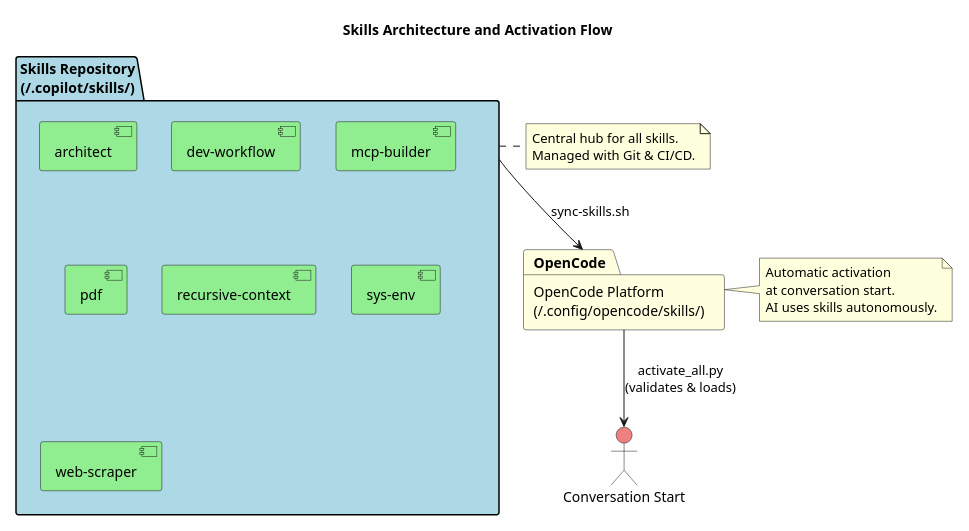
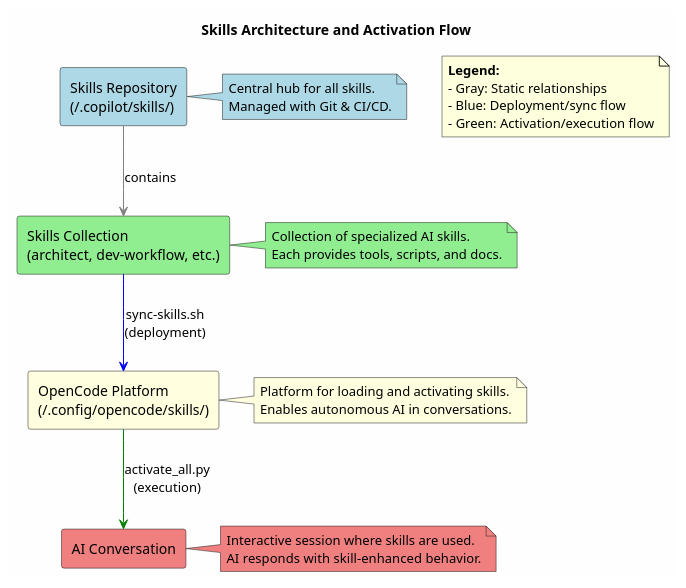
Before and after one commit to ernestoelo/skills: the diagram in dev-workflow/assets/diagrams/skills-architecture.puml, drawn with PlantUML. The commit also changed 1 other file, not shown here.

Commit message:
feat(dev-workflow): redesign skills-architecture diagram for visual appeal
- Simplified to 4 key blocks with brief notes.
- Added colored arrows (Gray/Blue/Green) for flows.
- Fixed syntax errors and title for correct PNG naming.
- Follows dev-workflow template style.

```diff
--- a/dev-workflow/assets/diagrams/skills-architecture.puml
+++ b/dev-workflow/assets/diagrams/skills-architecture.puml
@@ -1,35 +1,42 @@
-@startuml Skills Architecture
+@startuml skills-architecture
 skinparam backgroundColor #FEFEFE
-skinparam componentStyle uml2
+skinparam sequenceParticipant underline
 
 title Skills Architecture and Activation Flow
 
-package "Skills Repository\n(~/.copilot/skills/)" as Repo #LightBlue {
-  component [architect] as Architect #LightGreen
-  component [dev-workflow] as DevWorkflow #LightGreen
-  component [mcp-builder] as McpBuilder #LightGreen
-  component [pdf] as Pdf #LightGreen
-  component [recursive-context] as RecursiveContext #LightGreen
-  component [sys-env] as SysEnv #LightGreen
-  component [web-scraper] as WebScraper #LightGreen
-}
-
-package "OpenCode Platform\n(~/.config/opencode/skills/)" as OpenCode #LightYellow
-
-actor "Conversation Start" as Conversation #LightCoral
-
-Repo --> OpenCode : sync-skills.sh
-OpenCode --> Conversation : activate_all.py\n(validates & loads)
-
-note right of OpenCode
-  Automatic activation
-  at conversation start.
-  AI uses skills autonomously.
-end note
-
-note right of Repo
+rectangle "Skills Repository\n(~/.copilot/skills/)" as Repo #LightBlue
+note right of Repo #LightBlue
   Central hub for all skills.
   Managed with Git & CI/CD.
 end note
 
+rectangle "Skills Collection\n(architect, dev-workflow, etc.)" as Skills #LightGreen
+note right of Skills #LightGreen
+  Collection of specialized AI skills.
+  Each provides tools, scripts, and docs.
+end note
+
+rectangle "OpenCode Platform\n(~/.config/opencode/skills/)" as OpenCode #LightYellow
+note right of OpenCode #LightYellow
+  Platform for loading and activating skills.
+  Enables autonomous AI in conversations.
+end note
+
+rectangle "AI Conversation" as Conversation #LightCoral
+note right of Conversation #LightCoral
+  Interactive session where skills are used.
+  AI responds with skill-enhanced behavior.
+end note
+
+Repo -[#Gray]-> Skills : contains
+Skills -[#Blue]-> OpenCode : sync-skills.sh\n(deployment)
+OpenCode -[#Green]-> Conversation : activate_all.py\n(execution)
+
+note as Legend
+  **Legend:**
+  - Gray: Static relationships
+  - Blue: Deployment/sync flow
+  - Green: Activation/execution flow
+end note
+
 @enduml
```
